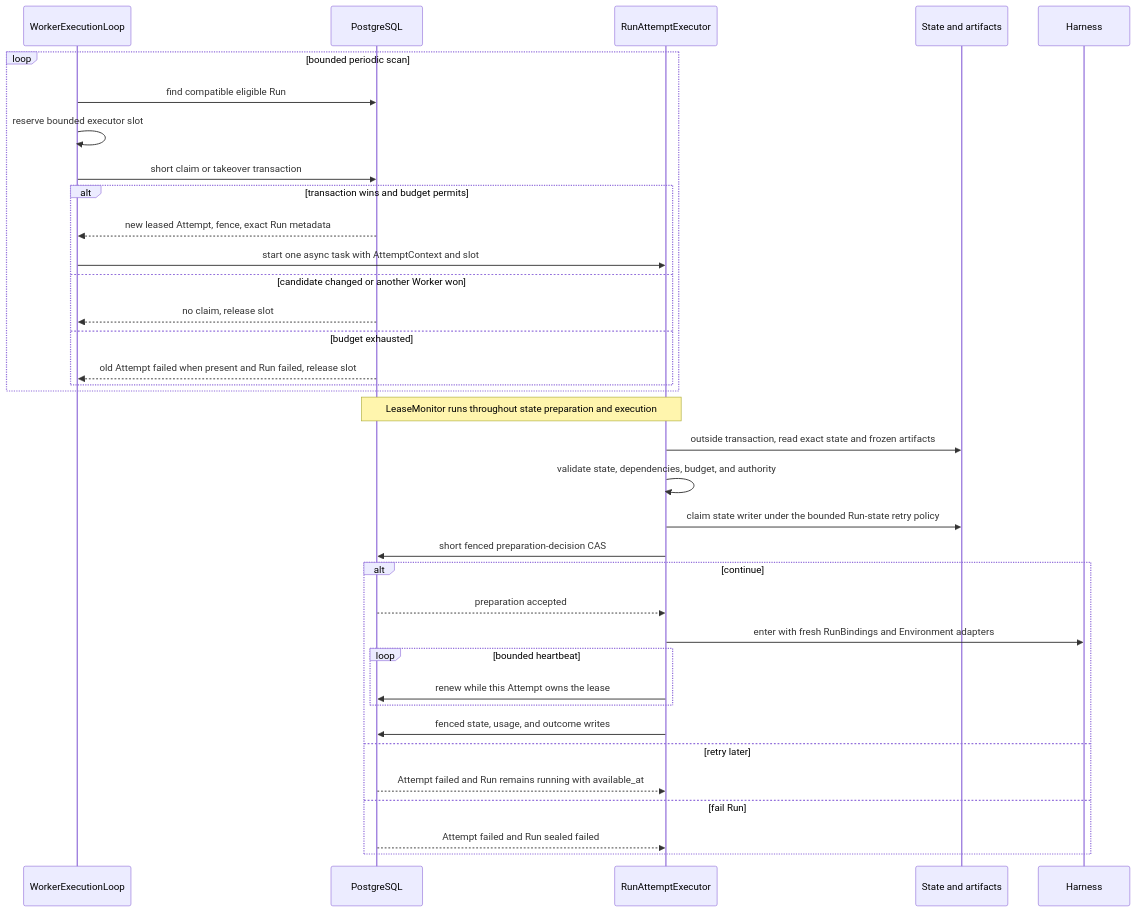
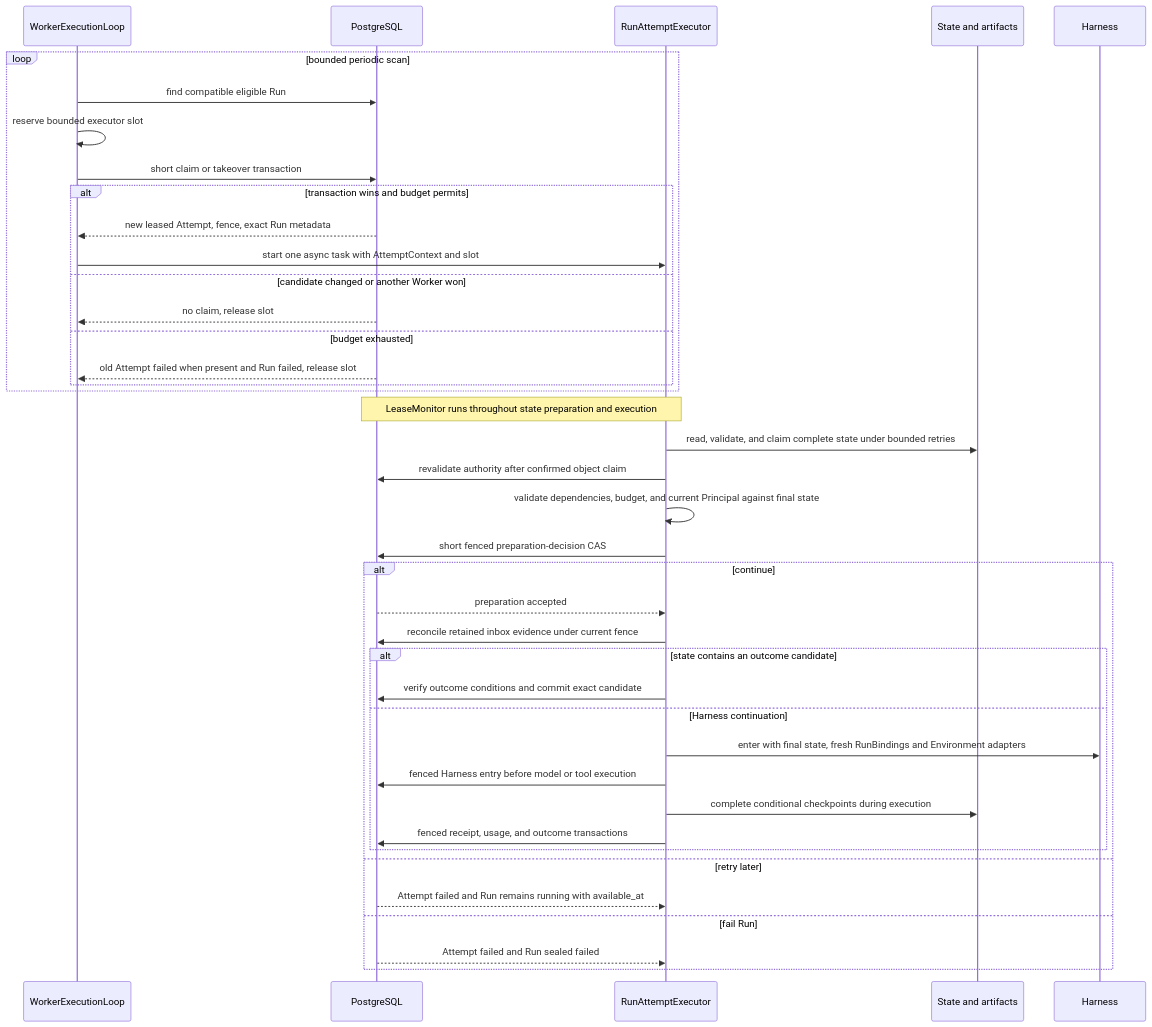
The second of 4 diagrams in spec/foundation-service/13-run-attempt-scheduling-and-recovery.md (converge-ai-labs/agent-foundation), drawn with Mermaid before and after one commit. The commit also changed other lines of this file and 3 other files, not shown here.

````diff
--- a/spec/foundation-service/13-run-attempt-scheduling-and-recovery.md
+++ b/spec/foundation-service/13-run-attempt-scheduling-and-recovery.md
@@ -192,39 +192,43 @@
 ```mermaid
 sequenceDiagram
     participant Claimant as WorkerExecutionLoop
     participant DB as PostgreSQL
     participant Executor as RunAttemptExecutor
     participant Objects as State and artifacts
     participant Harness
 
     loop bounded periodic scan
         Claimant->>DB: find compatible eligible Run
         Claimant->>Claimant: reserve bounded executor slot
         Claimant->>DB: short claim or takeover transaction
         alt transaction wins and budget permits
             DB-->>Claimant: new leased Attempt, fence, exact Run metadata
             Claimant->>Executor: start one async task with AttemptContext and slot
         else candidate changed or another Worker won
             DB-->>Claimant: no claim, release slot
         else budget exhausted
             DB-->>Claimant: old Attempt failed when present and Run failed, release slot
         end
     end
     Note over Executor,DB: LeaseMonitor runs throughout state preparation and execution
-    Executor->>Objects: outside transaction, read exact state and frozen artifacts
-    Executor->>Executor: validate state, dependencies, budget, and authority
-    Executor->>Objects: claim state writer under the bounded Run-state retry policy
+    Executor->>Objects: read, validate, and claim complete state under bounded retries
+    Executor->>DB: revalidate authority after confirmed object claim
+    Executor->>Executor: validate dependencies, budget, and current Principal against final state
     Executor->>DB: short fenced preparation-decision CAS
     alt continue
         DB-->>Executor: preparation accepted
-        Executor->>Harness: enter with fresh RunBindings and Environment adapters
-        loop bounded heartbeat
-            Executor->>DB: renew while this Attempt owns the lease
+        Executor->>DB: reconcile retained inbox evidence under current fence
+        alt state contains an outcome candidate
+            Executor->>DB: verify outcome conditions and commit exact candidate
+        else Harness continuation
+            Executor->>Harness: enter with final state, fresh RunBindings and Environment adapters
+            Executor->>DB: fenced Harness entry before model or tool execution
+            Executor->>Objects: complete conditional checkpoints during execution
+            Executor->>DB: fenced receipt, usage, and outcome transactions
         end
-        Executor->>DB: fenced state, usage, and outcome writes
     else retry later
         DB-->>Executor: Attempt failed and Run remains running with available_at
     else fail Run
         DB-->>Executor: Attempt failed and Run sealed failed
     end
 ```
````
